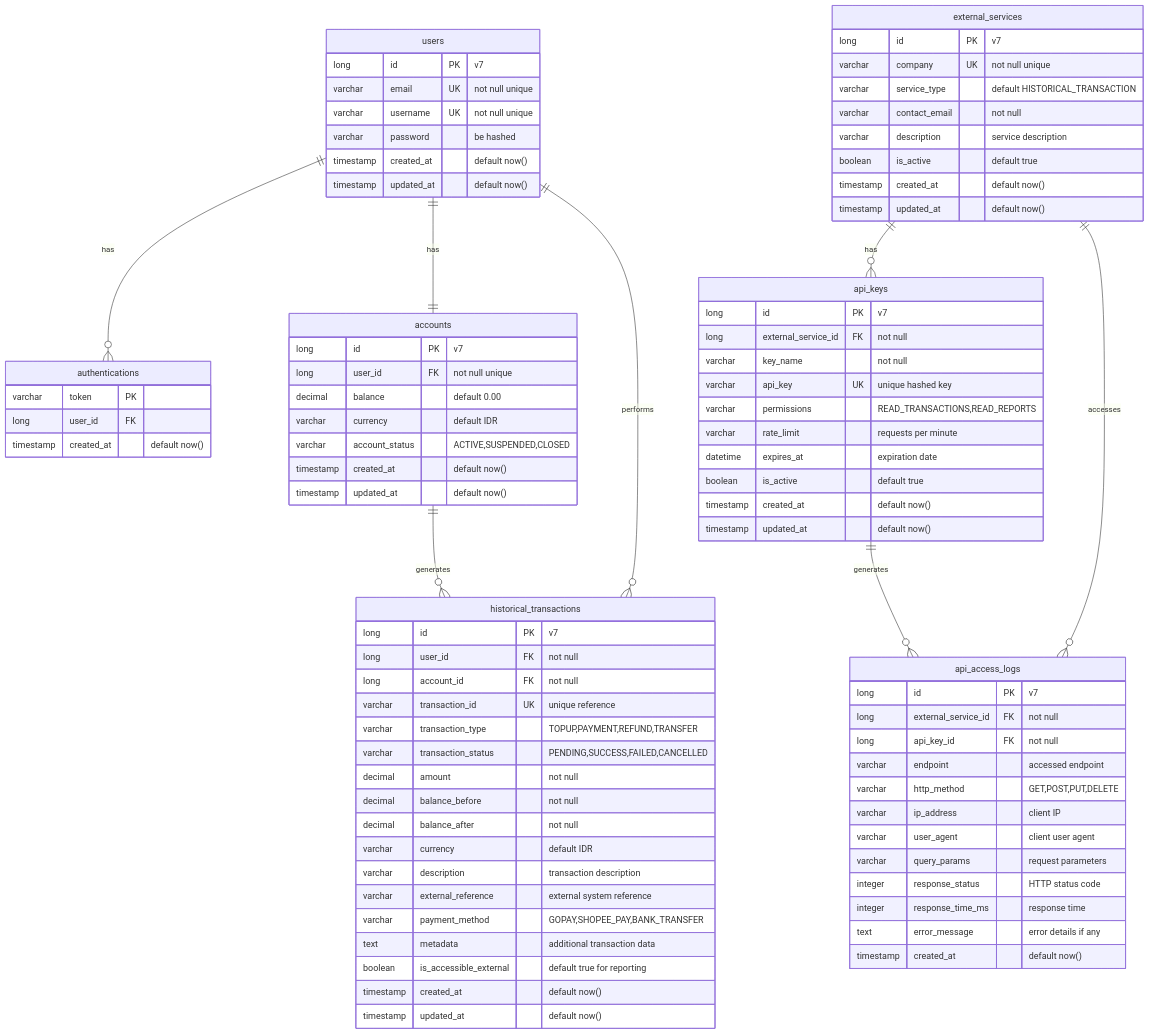
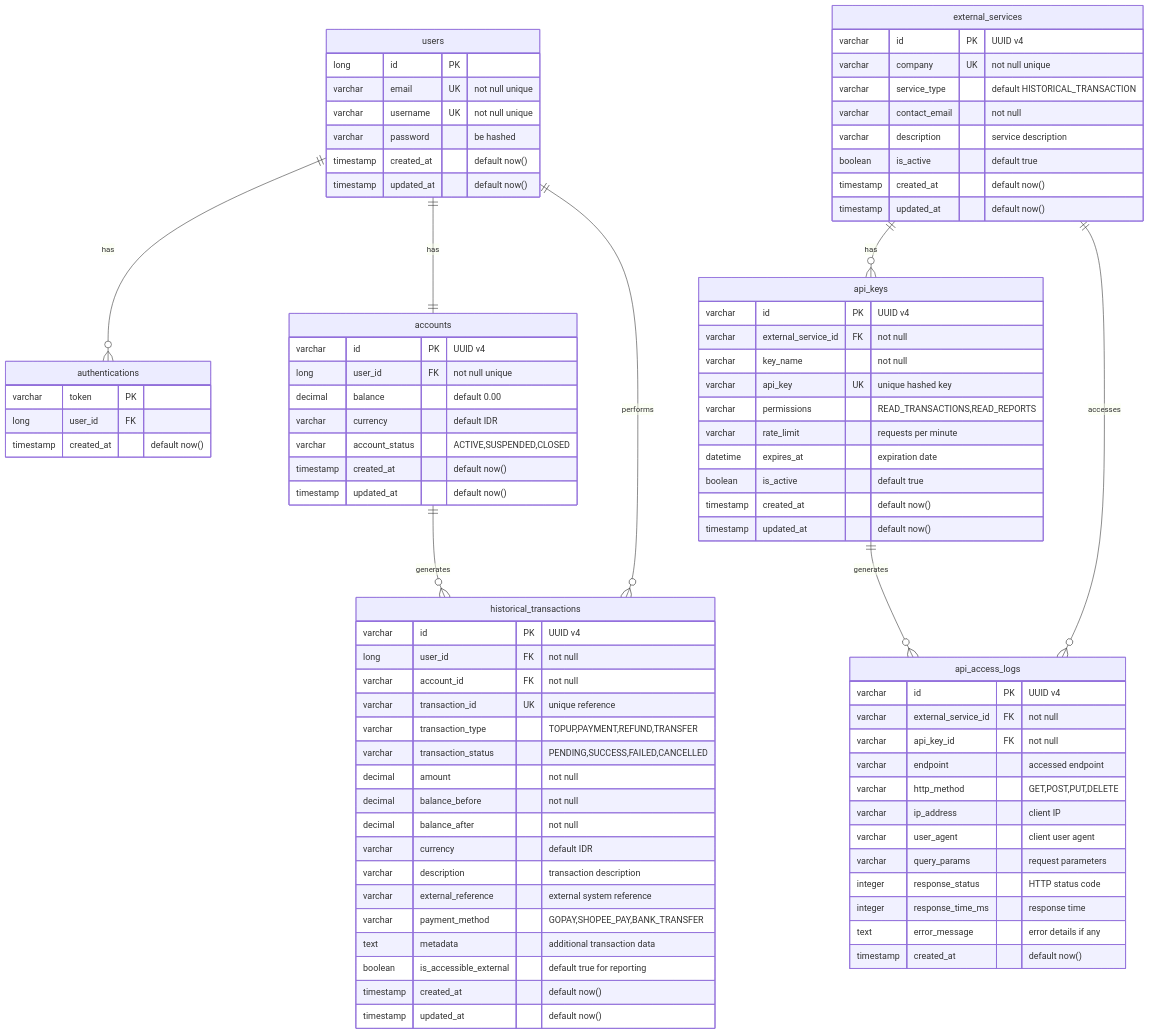
One commit to cisnux-seed/api-docs-fp-one-gate-payment changed the diagram in README.md. Above: the diagram before and after it, drawn with Mermaid. The commit also changed other lines of this file and 1 other file, not shown here.

Commit message:
refine: erd

````diff
--- a/README.md
+++ b/README.md
@@ -1,15 +2,15 @@
 ```mermaid
 erDiagram
-    users ||--o{ authentications : has
-    users ||--|| accounts : has
-    accounts ||--o{ historical_transactions : generates
-    users ||--o{ historical_transactions : performs
-    external_services ||--o{ api_keys : has
-    api_keys ||--o{ api_access_logs : generates
-    external_services ||--o{ api_access_logs : accesses
+users ||--o{ authentications : has
+users ||--|| accounts : has
+accounts ||--o{ historical_transactions : generates
+users ||--o{ historical_transactions : performs
+external_services ||--o{ api_keys : has
+api_keys ||--o{ api_access_logs : generates
+external_services ||--o{ api_access_logs : accesses
 
     users {
-        long id PK "v7"
+        long id PK
         varchar email UK "not null unique"
         varchar username UK "not null unique"
         varchar password "be hashed"
@@ -24,7 +25,7 @@
     }
 
     accounts {
-        long id PK "v7"
+        varchar id PK "UUID v4"
         long user_id FK "not null unique"
         decimal balance "default 0.00"
         varchar currency "default IDR"
@@ -34,9 +35,9 @@
     }
 
     historical_transactions {
-        long id PK "v7"
+        varchar id PK "UUID v4"
         long user_id FK "not null"
-        long account_id FK "not null"
+        varchar account_id FK "not null"
         varchar transaction_id UK "unique reference"
         varchar transaction_type "TOPUP,PAYMENT,REFUND,TRANSFER"
         varchar transaction_status "PENDING,SUCCESS,FAILED,CANCELLED"
@@ -54,7 +55,7 @@
     }
 
     external_services {
-        long id PK "v7"
+        varchar id PK "UUID v4"
         varchar company UK "not null unique"
         varchar service_type "default HISTORICAL_TRANSACTION"
         varchar contact_email "not null"
@@ -65,8 +66,8 @@
     }
 
     api_keys {
-        long id PK "v7"
-        long external_service_id FK "not null"
+        varchar id PK "UUID v4"
+        varchar external_service_id FK "not null"
         varchar key_name "not null"
         varchar api_key UK "unique hashed key"
         varchar permissions "READ_TRANSACTIONS,READ_REPORTS"
@@ -78,9 +79,9 @@
     }
 
     api_access_logs {
-        long id PK "v7"
-        long external_service_id FK "not null"
-        long api_key_id FK "not null"
+        varchar id PK "UUID v4"
+        varchar external_service_id FK "not null"
+        varchar api_key_id FK "not null"
         varchar endpoint "accessed endpoint"
         varchar http_method "GET,POST,PUT,DELETE"
         varchar ip_address "client IP"
````
